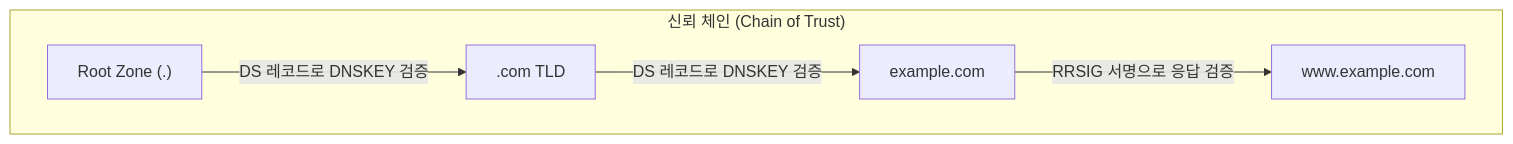
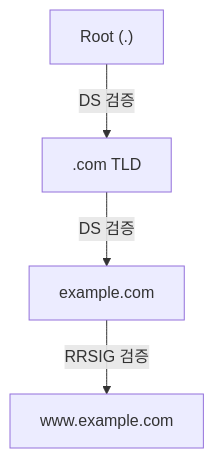
One commit to yjkim2015/yjkim2015.github.io changed the fourth of 4 diagrams in _posts/network/2026-05-01-dns.md. Above: the diagram before and after it, drawn with Mermaid. The commit also changed other lines of this file and 155 other files, not shown here.

First line of the commit message:
Mermaid 전면 수정: subgraph 제거, participant/노드/줄수 축소 (342블록)

````diff
--- a/_posts/network/2026-05-01-dns.md
+++ b/_posts/network/2026-05-01-dns.md
@@ -195,12 +192,6 @@
 ```mermaid
 graph TD
-    subgraph "신뢰 체인 (Chain of Trust)"
-        Root["Root Zone (.)"]
-        COM[".com TLD"]
-        EXAMPLE["example.com"]
-        WWW["www.example.com"]
-    end
-    Root -->|"DS 레코드로 DNSKEY 검증"| COM
-    COM -->|"DS 레코드로 DNSKEY 검증"| EXAMPLE
-    EXAMPLE -->|"RRSIG 서명으로 응답 검증"| WWW
+    Root["Root (.)"] -->|DS 검증| COM[".com TLD"]
+    COM -->|DS 검증| EXAMPLE["example.com"]
+    EXAMPLE -->|RRSIG 검증| WWW["www.example.com"]
 ```
````
